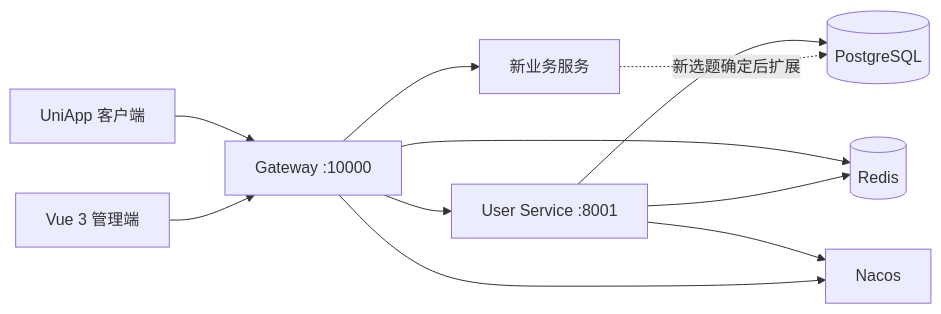
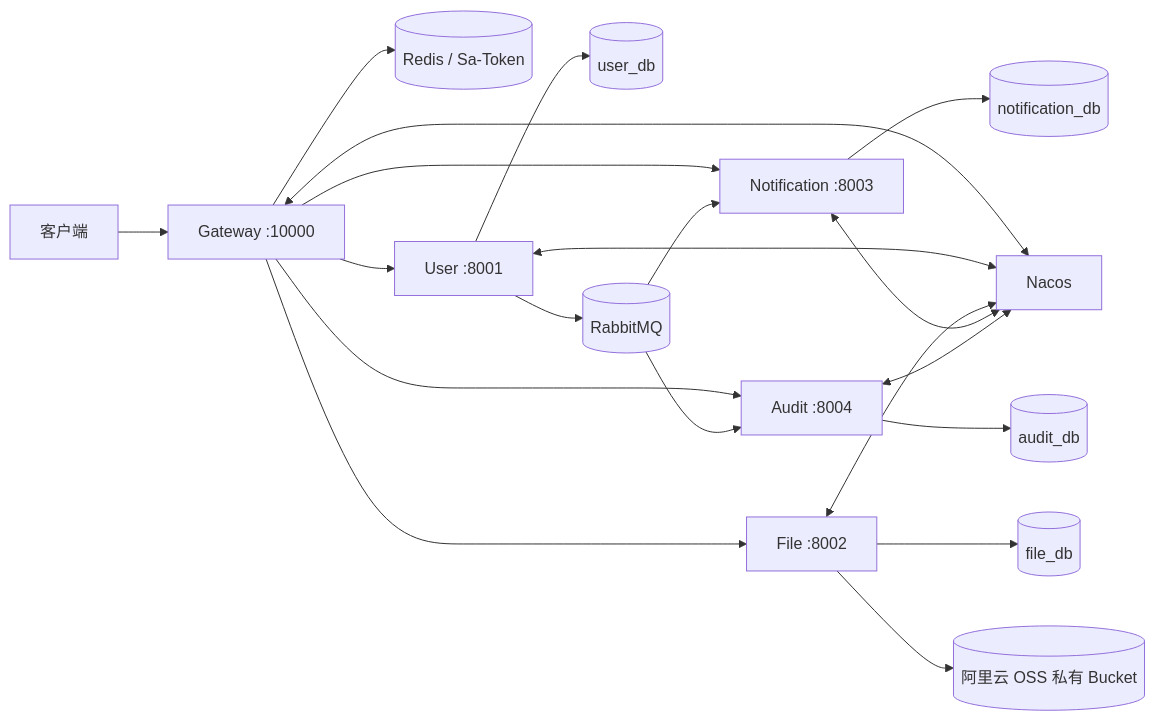
Before and after one commit to jiayuhan123/graduation-project: the diagram in 项目文档/3-架构设计/微服务架构设计.md, drawn with Mermaid. The commit also changed other lines of this file and 141 other files, not shown here.

First line of the commit message:
feat(backend): 完善通用微服务基础能力并接入 RabbitMQ 与阿里云 OSS

````diff
--- a/项目文档/3-架构设计/微服务架构设计.md
+++ b/项目文档/3-架构设计/微服务架构设计.md
@@ -17,13 +16,22 @@
 ```mermaid
 flowchart LR
-    Client[UniApp 客户端] --> Gateway[Gateway :10000]
-    Admin[Vue 3 管理端] --> Gateway
-    Gateway --> User[User Service :8001]
-    Gateway --> Biz[新业务服务]
-    Gateway --> Redis[(Redis)]
-    User --> PostgreSQL[(PostgreSQL)]
-    User --> Redis
-    User --> Nacos[Nacos]
-    Gateway --> Nacos
-    Biz -. 新选题确定后扩展 .-> PostgreSQL
+    Client[客户端] --> Gateway[Gateway :10000]
+    Gateway --> Redis[(Redis / Sa-Token)]
+    Gateway --> User[User :8001]
+    Gateway --> File[File :8002]
+    Gateway --> Notify[Notification :8003]
+    Gateway --> Audit[Audit :8004]
+    User --> UserDB[(user_db)]
+    File --> FileDB[(file_db)]
+    File --> OSS[(阿里云 OSS 私有 Bucket)]
+    Notify --> NotifyDB[(notification_db)]
+    Audit --> AuditDB[(audit_db)]
+    User --> MQ[(RabbitMQ)]
+    MQ --> Notify
+    MQ --> Audit
+    Gateway <--> Nacos[Nacos]
+    User <--> Nacos
+    File <--> Nacos
+    Notify <--> Nacos
+    Audit <--> Nacos
 ```
````
